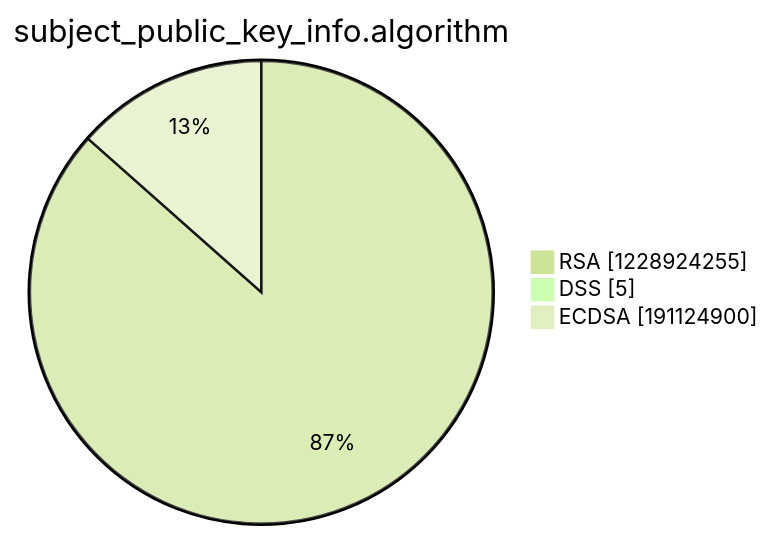
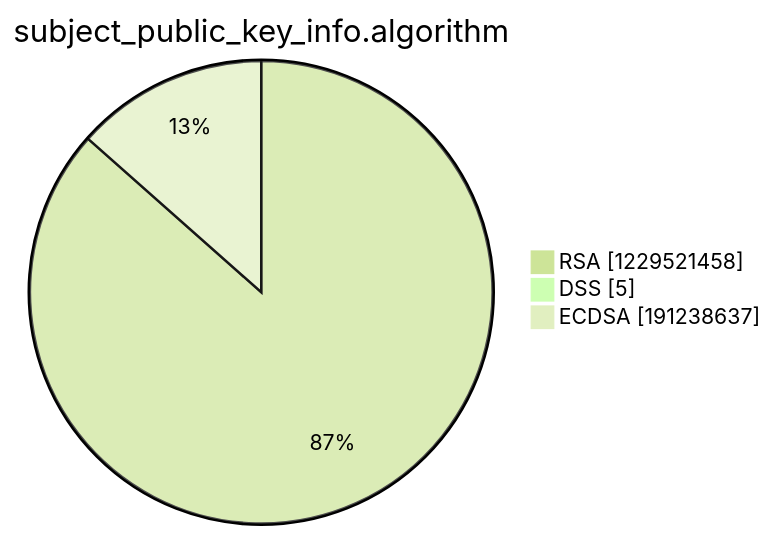
One commit to christiankrug/ctmonitor_visualization changed the third of 15 diagrams in argon2022/README.md. Above: the diagram before and after it, drawn with Mermaid (forest theme). The commit also changed other lines of this file, not shown here.

````diff
--- a/argon2022/README.md
+++ b/argon2022/README.md
@@ -14,7 +14,7 @@
 ```mermaid
 pie showData
 title subject_public_key_info.algorithm
-"RSA" :1228924255
+"RSA" :1229521458
 "DSS" :5
-"ECDSA" :191124900
+"ECDSA" :191238637
 ```
````
